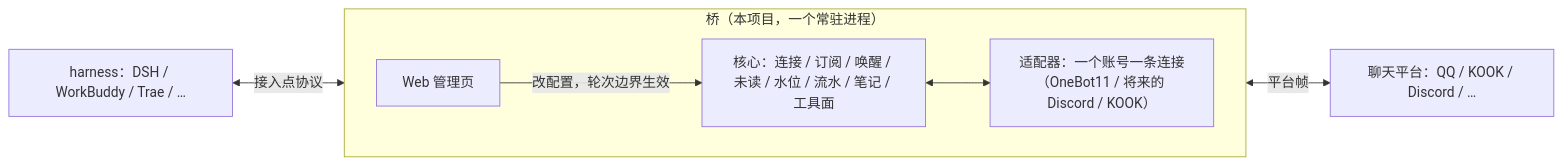
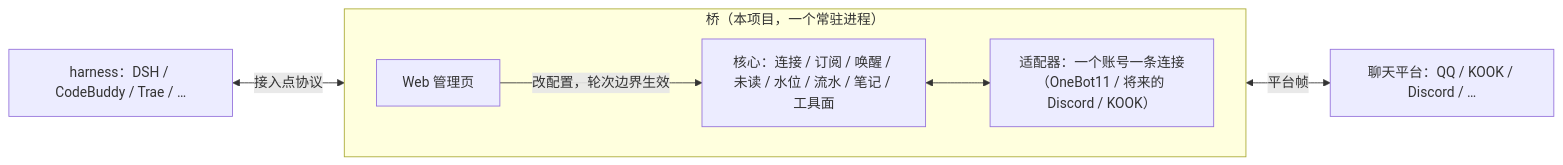
The first of 3 diagrams in docs/03-architecture.md (DataEraserC/AgentChatBridge), drawn with Mermaid before and after one commit. The commit also changed 5 other files, not shown here.

First line of the commit message:
docs: 概述里的示例 harness 从 WorkBuddy 换成 CodeBuddy

````diff
--- a/docs/03-architecture.md
+++ b/docs/03-architecture.md
@@ -8,10 +8,10 @@
 ```mermaid
 flowchart LR
-    H["harness：DSH / WorkBuddy / Trae / …"] <-->|"接入点协议"| K
+    H["harness：DSH / CodeBuddy / Trae / …"] <-->|"接入点协议"| K
     subgraph B["桥（本项目，一个常驻进程）"]
         direction LR
         K["核心：连接 / 订阅 / 唤醒 / 未读 / 水位 / 流水 / 笔记 / 工具面"] <--> A["适配器：一个账号一条连接（OneBot11 / 将来的 Discord / KOOK）"]
         W["Web 管理页"] -->|"改配置，轮次边界生效"| K
     end
     A <-->|"平台帧"| P["聊天平台：QQ / KOOK / Discord / …"]
 ```
````
